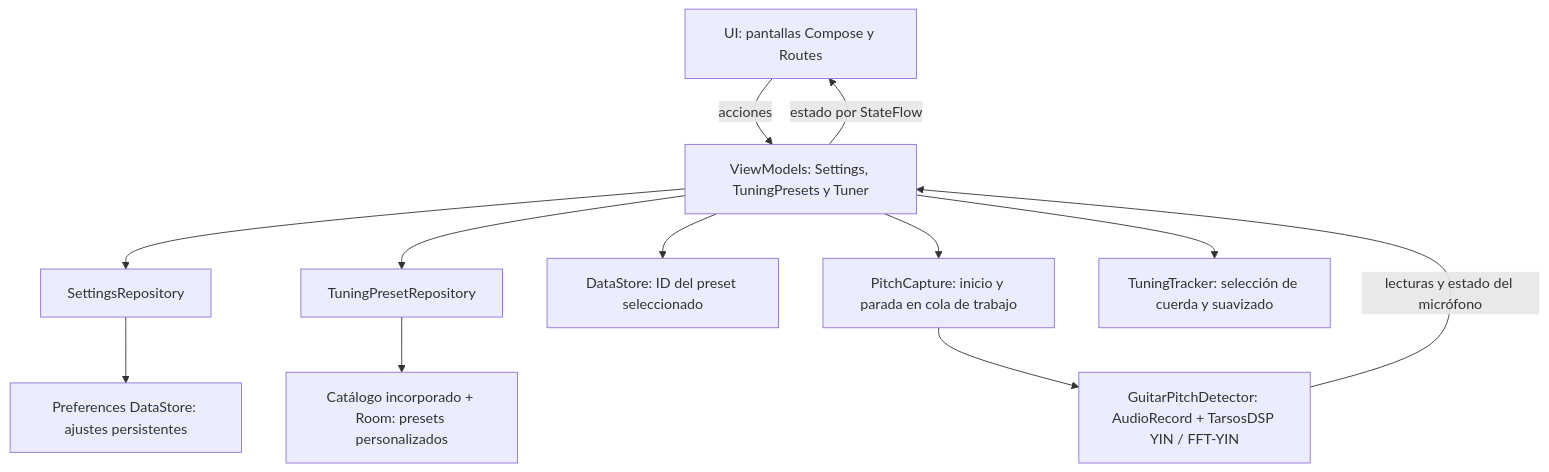
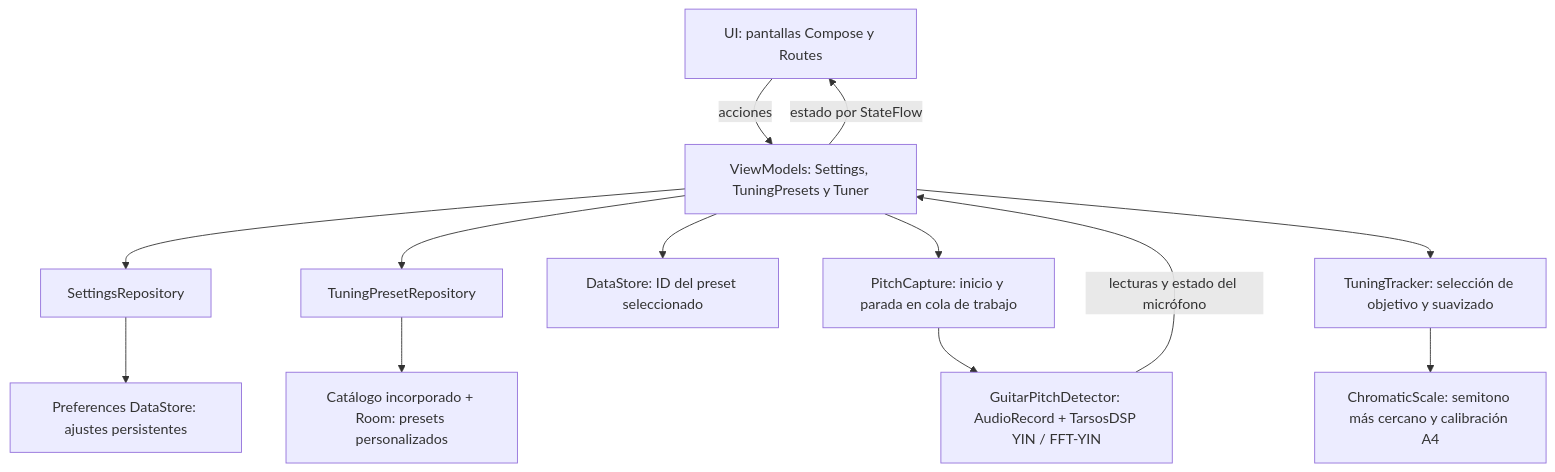
Before and after one commit to ChenBrian833/moviles_proyecto: the diagram in README.md, drawn with Mermaid. The commit also changed other lines of this file and 22 other files, not shown here.

````diff
--- a/README.md
+++ b/README.md
@@ -87,14 +88,15 @@
 ```mermaid
 flowchart TD
     UI["UI: pantallas Compose y Routes"] -->|acciones| VM["ViewModels: Settings, TuningPresets y Tuner"]
     VM -->|"estado por StateFlow"| UI
     VM --> SettingsRepo["SettingsRepository"]
     SettingsRepo --> DataStore["Preferences DataStore: ajustes persistentes"]
     VM --> PresetRepo["TuningPresetRepository"]
     PresetRepo --> Catalog["Catálogo incorporado + Room: presets personalizados"]
     VM --> Selection["DataStore: ID del preset seleccionado"]
     VM --> Capture["PitchCapture: inicio y parada en cola de trabajo"]
     Capture --> Detector["GuitarPitchDetector: AudioRecord + TarsosDSP YIN / FFT-YIN"]
     Detector -->|"lecturas y estado del micrófono"| VM
-    VM --> Tracker["TuningTracker: selección de cuerda y suavizado"]
+    VM --> Tracker["TuningTracker: selección de objetivo y suavizado"]
+    Tracker --> Chromatic["ChromaticScale: semitono más cercano y calibración A4"]
 ```
````
